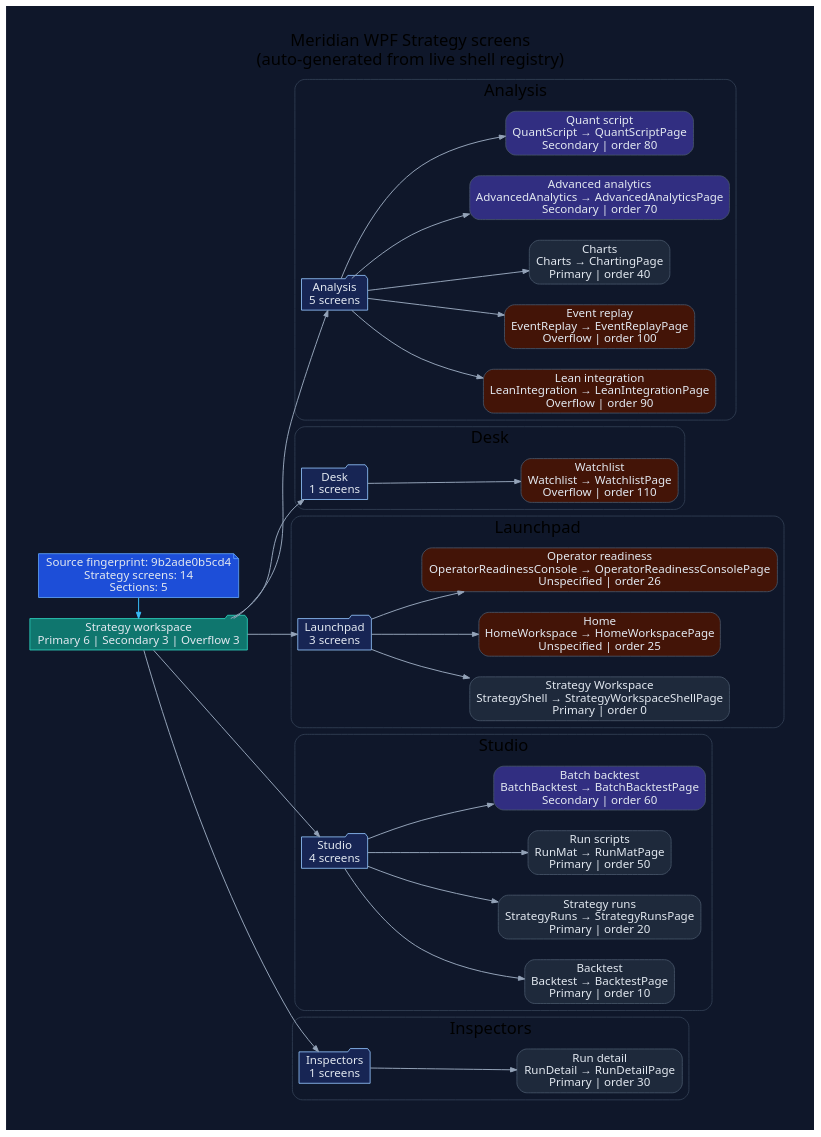
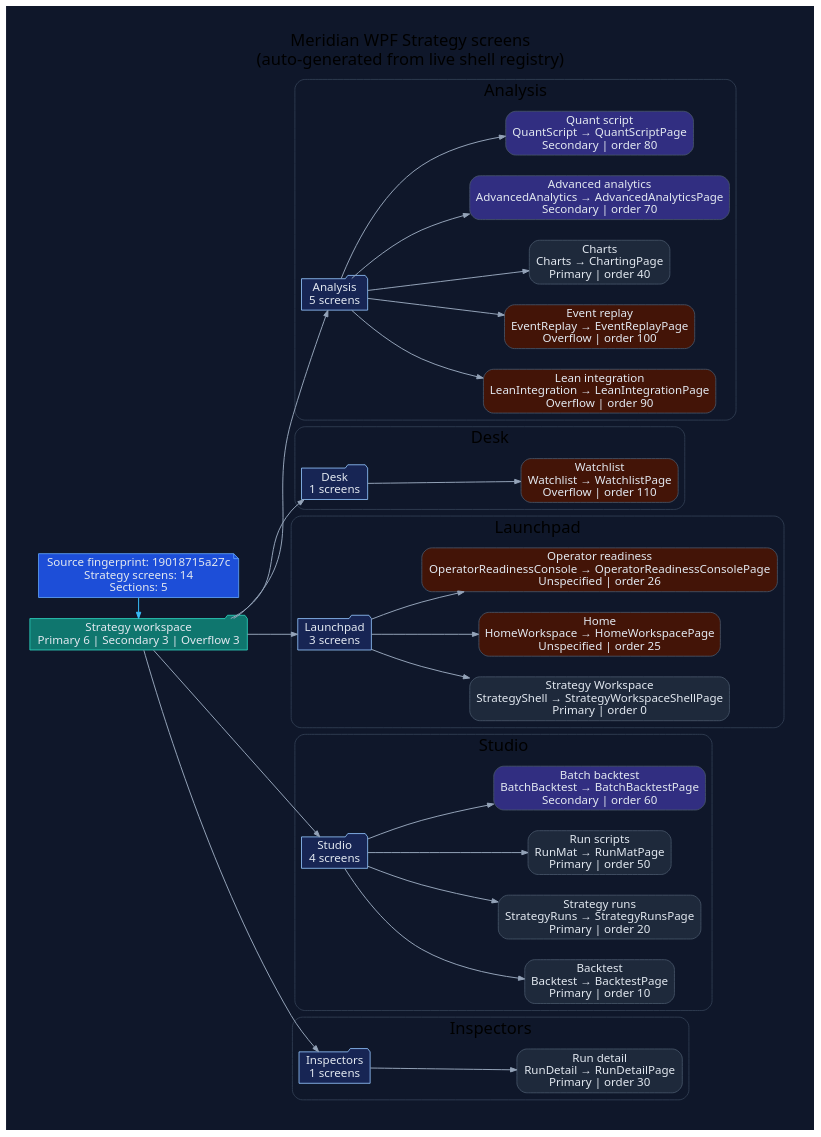
The diagram in docs/diagrams/ui/ui-wpf-screens-strategy.dot (rodoHasArrived/Meridian-main), drawn with Graphviz before and after one commit. The commit also changed 44 other files, not shown here.

```diff
--- a/docs/diagrams/ui/ui-wpf-screens-strategy.dot
+++ b/docs/diagrams/ui/ui-wpf-screens-strategy.dot
@@ -1,94 +1,94 @@
 // -----------------------------------------------------------------------------
 // <auto-generated>
 // Generated by scripts/generate-diagrams.mjs.
 // Do not edit this file directly; update the WPF source files instead.
 // -----------------------------------------------------------------------------
 digraph WpfStrategyScreens {
   graph [
     rankdir=LR,
     labelloc=t,
     label="Meridian WPF Strategy screens\n(auto-generated from live shell registry)",
     fontname="Segoe UI",
     fontsize=20,
     pad=0.4,
     nodesep=0.35,
     ranksep=0.85,
     bgcolor="#0f172a"
   ];
   node [fontname="Segoe UI", shape=box, style="rounded,filled", color="#475569", fontcolor="#e2e8f0", fillcolor="#1e293b"];
   edge [fontname="Segoe UI", color="#94a3b8", penwidth=1.2, arrowsize=0.75];
 
-  generated [shape=note, fillcolor="#1d4ed8", color="#60a5fa", label="Source fingerprint: 9b2ade0b5cd4\nStrategy screens: 14\nSections: 5"];
+  generated [shape=note, fillcolor="#1d4ed8", color="#60a5fa", label="Source fingerprint: 19018715a27c\nStrategy screens: 14\nSections: 5"];
   workspace [shape=folder, fillcolor="#0f766e", color="#2dd4bf", label="Strategy workspace\nPrimary 6 | Secondary 3 | Overflow 3"];
   generated -> workspace [color="#38bdf8"];
 
   subgraph cluster_section_1 {
     label="Analysis";
     color="#334155";
     style="rounded";
     section_1 [shape=folder, fillcolor="#172554", color="#93c5fd", label="Analysis\n5 screens"];
     workspace -> section_1;
     screen_LeanIntegration [fillcolor="#431407", label="Lean integration\nLeanIntegration → LeanIntegrationPage\nOverflow | order 90"];
     section_1 -> screen_LeanIntegration;
     screen_EventReplay [fillcolor="#431407", label="Event replay\nEventReplay → EventReplayPage\nOverflow | order 100"];
     section_1 -> screen_EventReplay;
     screen_Charts [fillcolor="#1e293b", label="Charts\nCharts → ChartingPage\nPrimary | order 40"];
     section_1 -> screen_Charts;
     screen_AdvancedAnalytics [fillcolor="#312e81", label="Advanced analytics\nAdvancedAnalytics → AdvancedAnalyticsPage\nSecondary | order 70"];
     section_1 -> screen_AdvancedAnalytics;
     screen_QuantScript [fillcolor="#312e81", label="Quant script\nQuantScript → QuantScriptPage\nSecondary | order 80"];
     section_1 -> screen_QuantScript;
   }
 
   subgraph cluster_section_2 {
     label="Desk";
     color="#334155";
     style="rounded";
     section_2 [shape=folder, fillcolor="#172554", color="#93c5fd", label="Desk\n1 screens"];
     workspace -> section_2;
     screen_Watchlist [fillcolor="#431407", label="Watchlist\nWatchlist → WatchlistPage\nOverflow | order 110"];
     section_2 -> screen_Watchlist;
   }
 
   subgraph cluster_section_3 {
     label="Launchpad";
     color="#334155";
     style="rounded";
     section_3 [shape=folder, fillcolor="#172554", color="#93c5fd", label="Launchpad\n3 screens"];
     workspace -> section_3;
     screen_StrategyShell [fillcolor="#1e293b", label="Strategy Workspace\nStrategyShell → StrategyWorkspaceShellPage\nPrimary | order 0"];
     section_3 -> screen_StrategyShell;
     screen_HomeWorkspace [fillcolor="#431407", label="Home\nHomeWorkspace → HomeWorkspacePage\nUnspecified | order 25"];
     section_3 -> screen_HomeWorkspace;
     screen_OperatorReadinessConsole [fillcolor="#431407", label="Operator readiness\nOperatorReadinessConsole → OperatorReadinessConsolePage\nUnspecified | order 26"];
     section_3 -> screen_OperatorReadinessConsole;
   }
 
   subgraph cluster_section_4 {
     label="Studio";
     color="#334155";
     style="rounded";
     section_4 [shape=folder, fillcolor="#172554", color="#93c5fd", label="Studio\n4 screens"];
     workspace -> section_4;
     screen_Backtest [fillcolor="#1e293b", label="Backtest\nBacktest → BacktestPage\nPrimary | order 10"];
     section_4 -> screen_Backtest;
     screen_StrategyRuns [fillcolor="#1e293b", label="Strategy runs\nStrategyRuns → StrategyRunsPage\nPrimary | order 20"];
     section_4 -> screen_StrategyRuns;
     screen_RunMat [fillcolor="#1e293b", label="Run scripts\nRunMat → RunMatPage\nPrimary | order 50"];
     section_4 -> screen_RunMat;
     screen_BatchBacktest [fillcolor="#312e81", label="Batch backtest\nBatchBacktest → BatchBacktestPage\nSecondary | order 60"];
     section_4 -> screen_BatchBacktest;
   }
 
   subgraph cluster_section_5 {
     label="Inspectors";
     color="#334155";
     style="rounded";
     section_5 [shape=folder, fillcolor="#172554", color="#93c5fd", label="Inspectors\n1 screens"];
     workspace -> section_5;
     screen_RunDetail [fillcolor="#1e293b", label="Run detail\nRunDetail → RunDetailPage\nPrimary | order 30"];
     section_5 -> screen_RunDetail;
   }
 
   { rank=min; generated; workspace; }
 }
```
